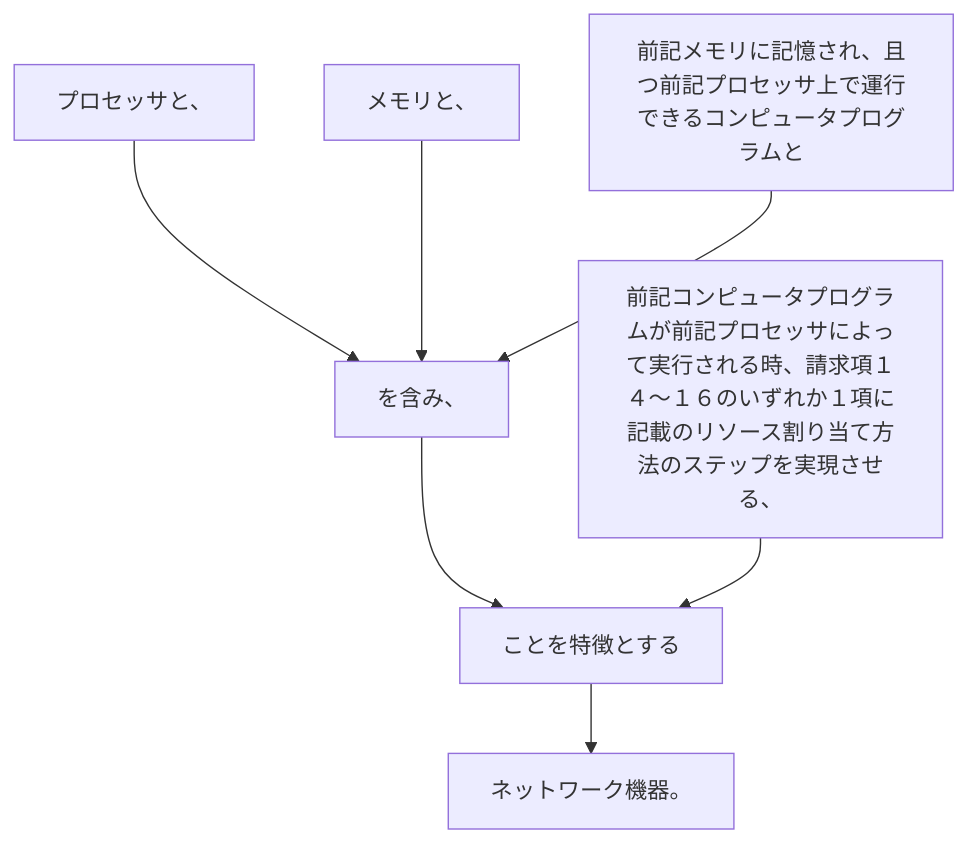
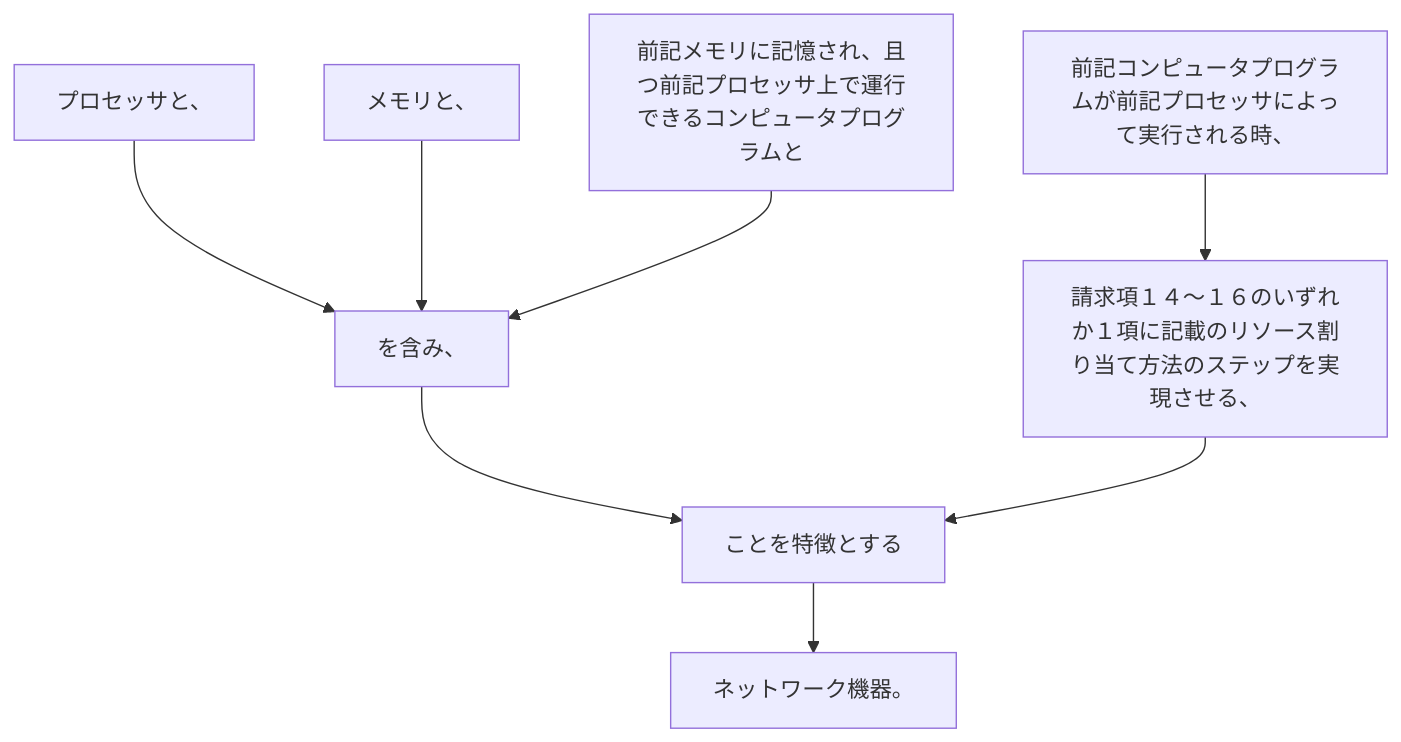
One commit to shinmori55/patent_analyzed changed the diagram in 2024/JP2024029186A/claim_25/README.md. Above: the diagram before and after it, drawn with Mermaid. The commit also changed 336 other files, not shown here.

````diff
--- a/2024/JP2024029186A/claim_25/README.md
+++ b/2024/JP2024029186A/claim_25/README.md
@@ -2,16 +2,18 @@
 ```mermaid
 flowchart TD
 A[プロセッサと、]
 B[メモリと、]
 C[前記メモリに記憶され、且つ前記プロセッサ上で運行できるコンピュータプログラムと]
 D[を含み、]
-E[前記コンピュータプログラムが前記プロセッサによって実行される時、請求項１４～１６のいずれか１項に記載のリソース割り当て方法のステップを実現させる、]
-F[ことを特徴とする]
-G[ネットワーク機器。]
+E[前記コンピュータプログラムが前記プロセッサによって実行される時、]
+F[請求項１４～１６のいずれか１項に記載のリソース割り当て方法のステップを実現させる、]
+G[ことを特徴とする]
+H[ネットワーク機器。]
 A --> D
 B --> D
 C --> D
-D --> F
+D --> G
 E --> F
 F --> G
+G --> H
 ```
````
